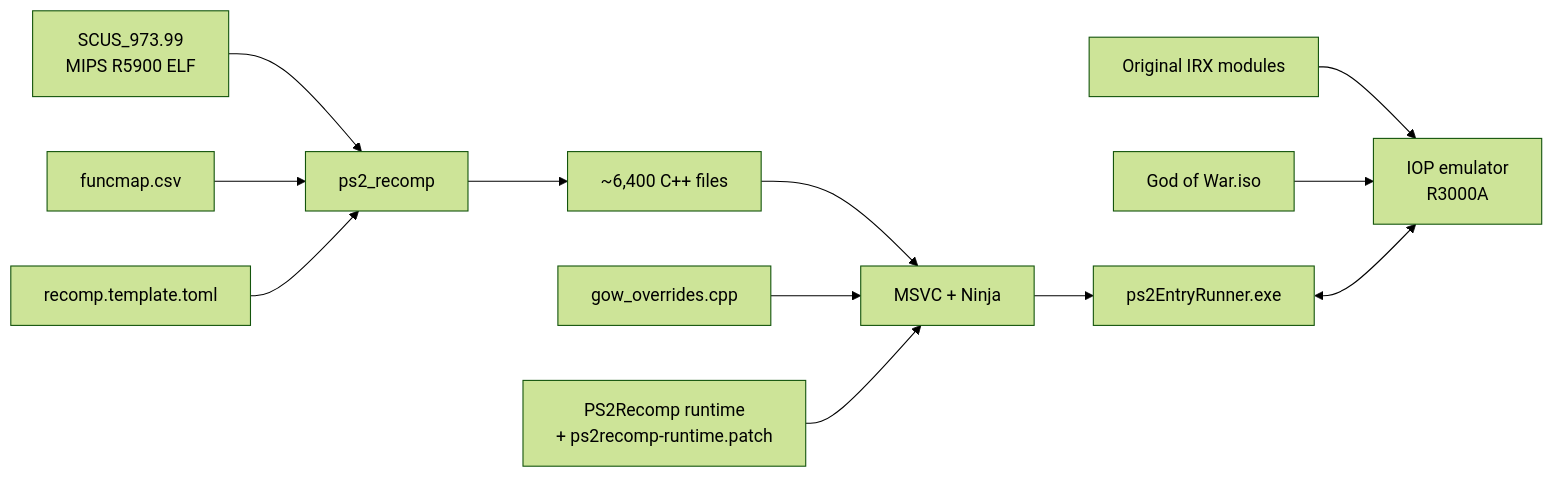
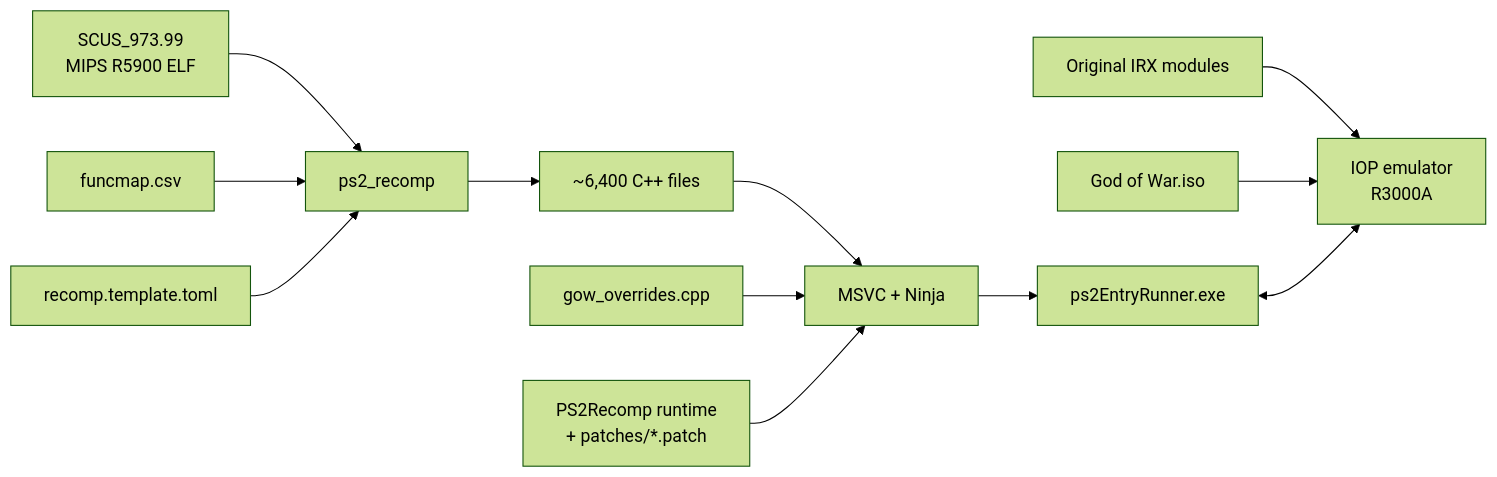
One commit to KIexster/god-of-war-recomp changed the diagram in README.md. Above: the diagram before and after it, drawn with Mermaid (forest theme). The commit also changed other lines of this file and 2 other files, not shown here.

````diff
--- a/README.md
+++ b/README.md
@@ -161,14 +169,14 @@
 ```mermaid
 flowchart LR
     A[SCUS_973.99<br/>MIPS R5900 ELF] --> B[ps2_recomp]
     M[funcmap.csv] --> B
     C[recomp.template.toml] --> B
     B --> D[~6,400 C++ files]
     D --> E[MSVC + Ninja]
     O[gow_overrides.cpp] --> E
-    P[PS2Recomp runtime<br/>+ ps2recomp-runtime.patch] --> E
+    P["PS2Recomp runtime<br/>+ patches/*.patch"] --> E
     E --> F[ps2EntryRunner.exe]
     I[Original IRX modules] --> G[IOP emulator<br/>R3000A]
     ISO[God of War.iso] --> G
     F <--> G
 ```
````
